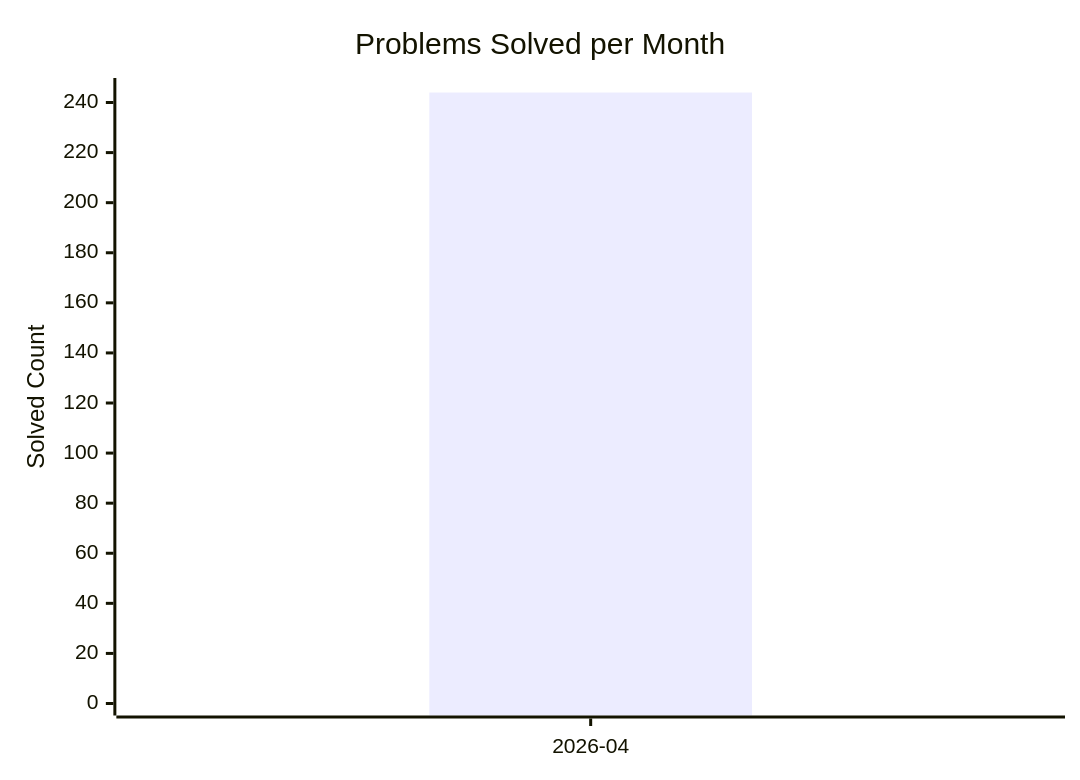
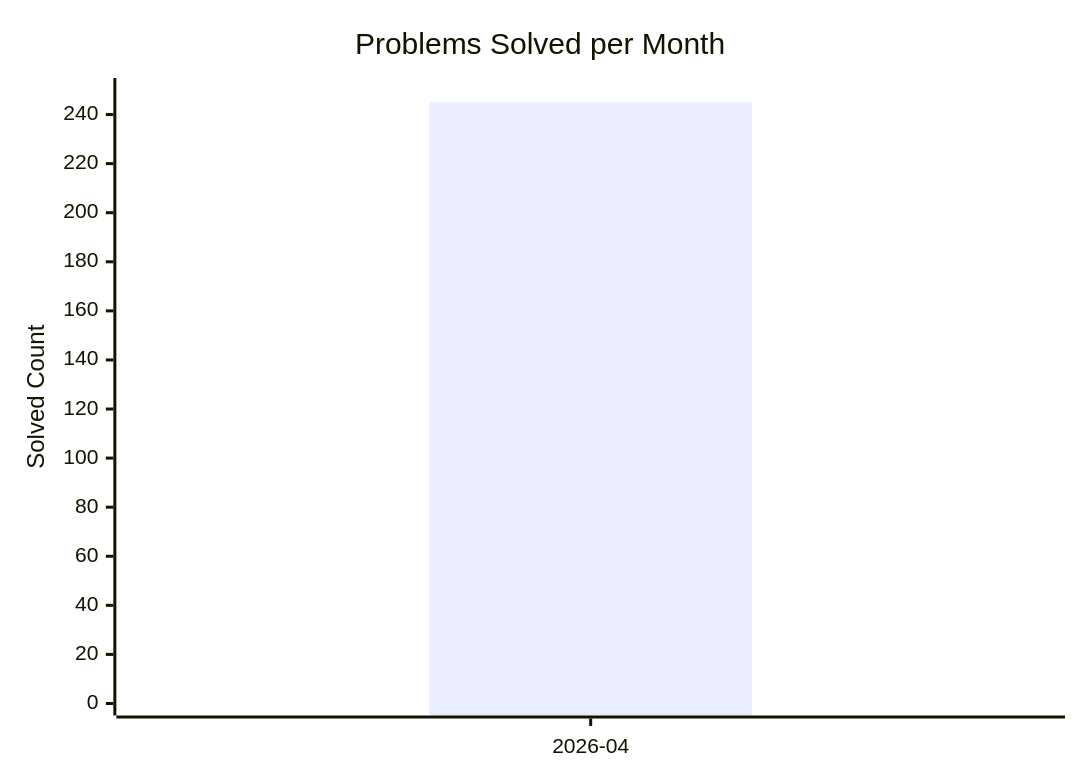
Before and after one commit to AdityaPandey-DEV/CP-Progress-Sync: the diagram in dashboard.md, drawn with Mermaid. The commit also changed other lines of this file, not shown here.

Commit message:
Auto-update CP dashboard [skip ci]

````diff
--- a/dashboard.md
+++ b/dashboard.md
@@ -8,8 +8,8 @@
 ```mermaid
 xychart-beta
     title "Problems Solved per Month"
     x-axis ["2026-04"]
-    y-axis "Solved Count" 0 --> 245
-    bar [244]
-    line [244]
+    y-axis "Solved Count" 0 --> 250
+    bar [245]
+    line [245]
 ```
````
